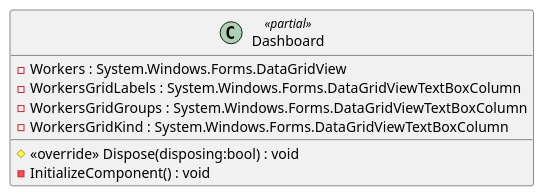
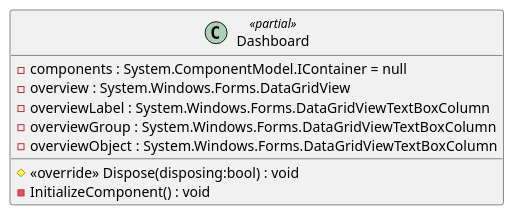
The diagram in Diagramme/Klassen/TinyTasksDashboard/Dashboard.Designer.puml (Louis9902/Sosse19-SE), drawn with PlantUML before and after one commit. The commit also changed 42 other files, not shown here.

Commit message:
some cleanup of the codebase and an update for the class diagrams This will resolve #6

```diff
--- a/Diagramme/Klassen/TinyTasksDashboard/Dashboard.Designer.puml
+++ b/Diagramme/Klassen/TinyTasksDashboard/Dashboard.Designer.puml
@@ -1,10 +1,11 @@
 @startuml
 class Dashboard <<partial>> {
+    - components : System.ComponentModel.IContainer = null
     # <<override>> Dispose(disposing:bool) : void
     - InitializeComponent() : void
-    - Workers : System.Windows.Forms.DataGridView
-    - WorkersGridLabels : System.Windows.Forms.DataGridViewTextBoxColumn
-    - WorkersGridGroups : System.Windows.Forms.DataGridViewTextBoxColumn
-    - WorkersGridKind : System.Windows.Forms.DataGridViewTextBoxColumn
+    - overview : System.Windows.Forms.DataGridView
+    - overviewLabel : System.Windows.Forms.DataGridViewTextBoxColumn
+    - overviewGroup : System.Windows.Forms.DataGridViewTextBoxColumn
+    - overviewObject : System.Windows.Forms.DataGridViewTextBoxColumn
 }
 @enduml
```
